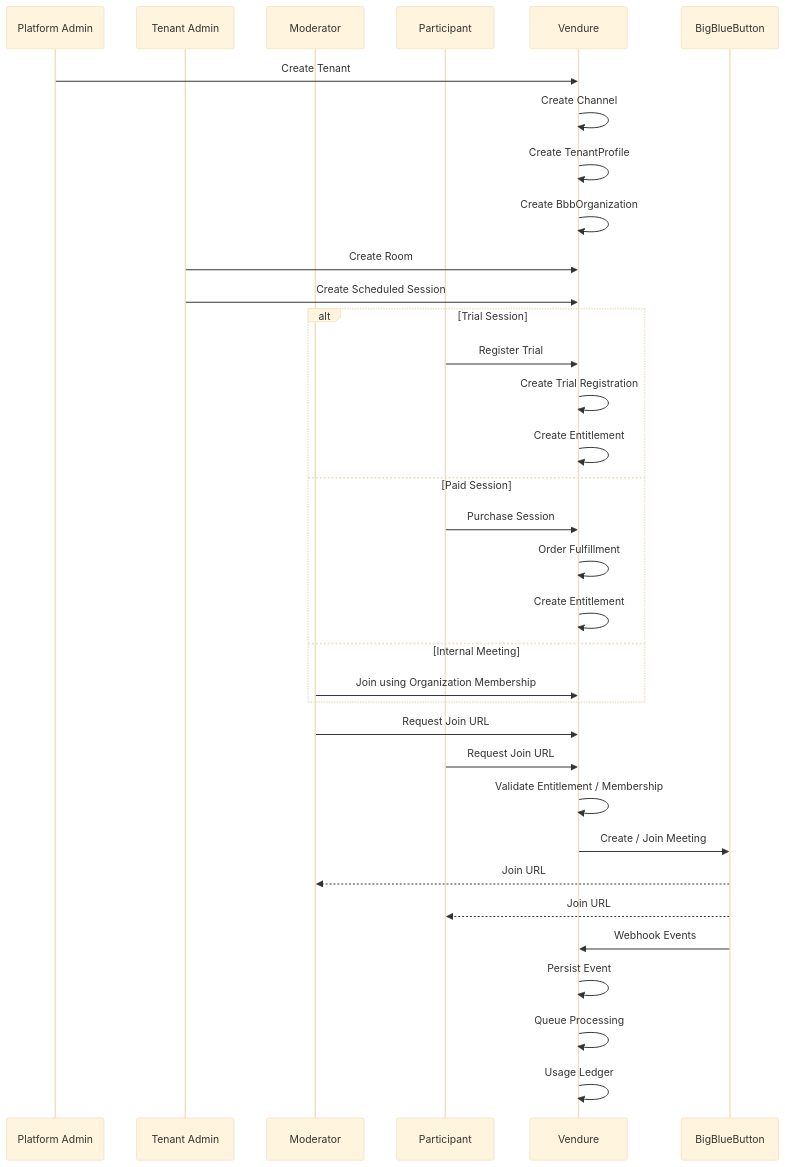
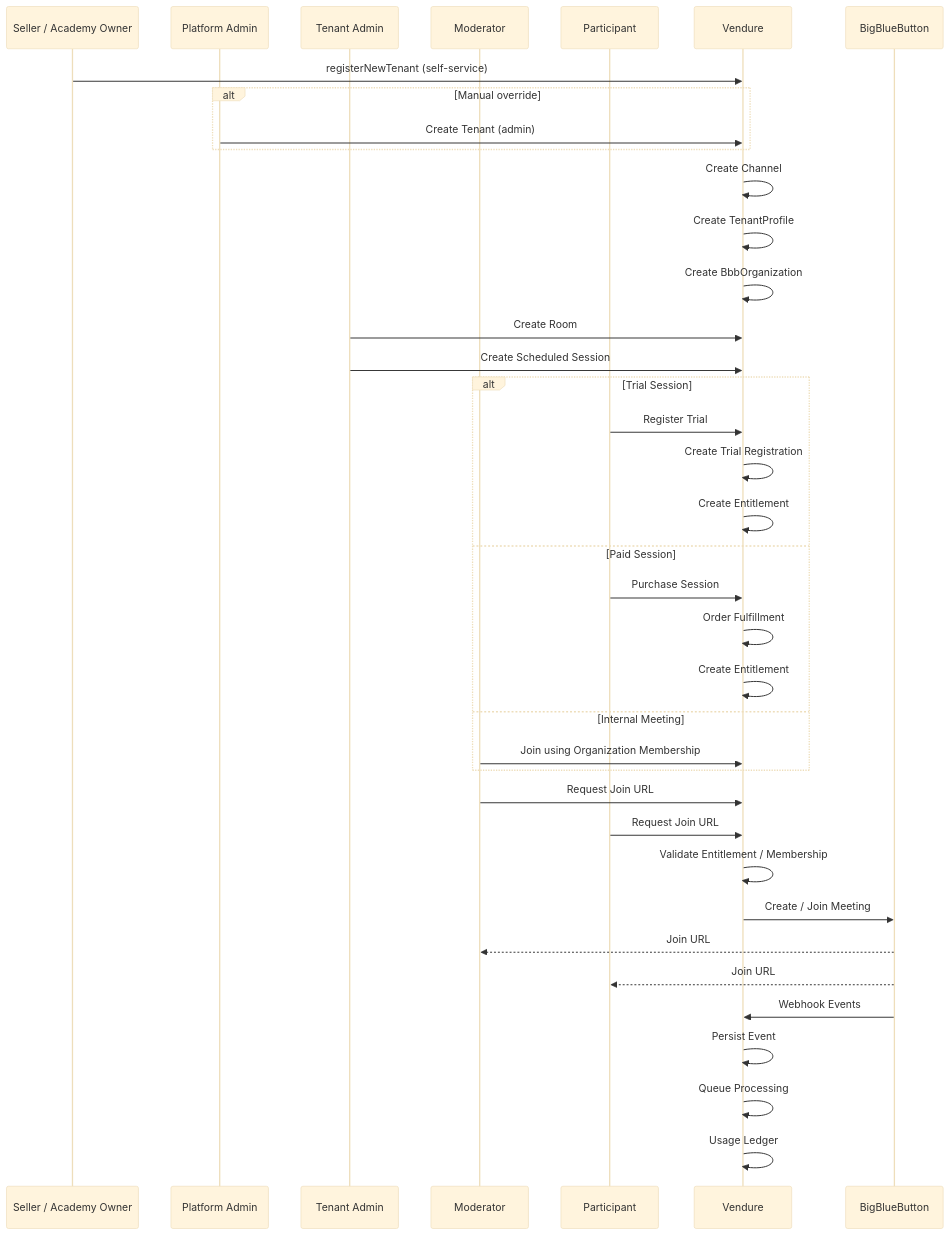
Before and after one commit to ashishkpaul/saa9vi.com: the second of 2 diagrams in docs/adr/platform-story.md, drawn with Mermaid (base theme). The commit also changed other lines of this file and 2 other files, not shown here.

First line of the commit message:
docs: correct tenant creation path to show self-service registerNewTenant as primary

````diff
--- a/docs/adr/platform-story.md
+++ b/docs/adr/platform-story.md
@@ -128,43 +132,47 @@
 ```mermaid
 sequenceDiagram
 
+    participant S as Seller / Academy Owner
     participant PA as Platform Admin
     participant TA as Tenant Admin
     participant M as Moderator
     participant P as Participant
     participant V as Vendure
     participant BBB as BigBlueButton
 
-    PA->>V: Create Tenant
+    S->>V: registerNewTenant (self-service)
+    alt Manual override
+        PA->>V: Create Tenant (admin)
+    end
     V->>V: Create Channel
     V->>V: Create TenantProfile
     V->>V: Create BbbOrganization
 
     TA->>V: Create Room
     TA->>V: Create Scheduled Session
 
     alt Trial Session
         P->>V: Register Trial
         V->>V: Create Trial Registration
         V->>V: Create Entitlement
     else Paid Session
         P->>V: Purchase Session
         V->>V: Order Fulfillment
         V->>V: Create Entitlement
     else Internal Meeting
         M->>V: Join using Organization Membership
     end
 
     M->>V: Request Join URL
     P->>V: Request Join URL
 
     V->>V: Validate Entitlement / Membership
     V->>BBB: Create / Join Meeting
     BBB-->>M: Join URL
     BBB-->>P: Join URL
 
     BBB->>V: Webhook Events
     V->>V: Persist Event
     V->>V: Queue Processing
     V->>V: Usage Ledger
 ```
````
